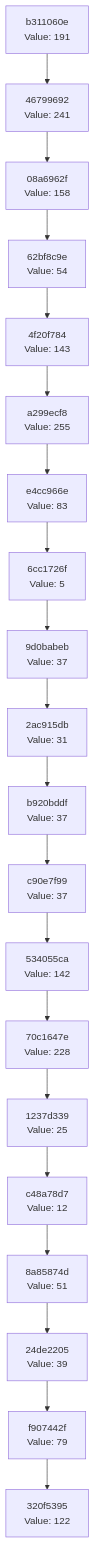
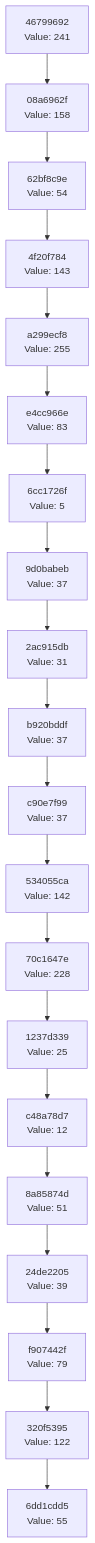
One commit to Abhisheksinha1506/hash-chain-evolver changed the diagram in docs/CHAIN_VISUALIZATION.md. Above: the diagram before and after it, drawn with Mermaid. The commit also changed 2 other files, not shown here.

Commit message:
Evolution step: hash 0x37 → action executed

````diff
--- a/docs/CHAIN_VISUALIZATION.md
+++ b/docs/CHAIN_VISUALIZATION.md
@@ -3,42 +3,42 @@
 ```mermaid
 graph TD
-    C0["320f5395<br/>Value: 122"]
-    C1["f907442f<br/>Value: 79"]
+    C0["6dd1cdd5<br/>Value: 55"]
+    C1["320f5395<br/>Value: 122"]
     C1 --> C0
-    C2["24de2205<br/>Value: 39"]
+    C2["f907442f<br/>Value: 79"]
     C2 --> C1
-    C3["8a85874d<br/>Value: 51"]
+    C3["24de2205<br/>Value: 39"]
     C3 --> C2
-    C4["c48a78d7<br/>Value: 12"]
+    C4["8a85874d<br/>Value: 51"]
     C4 --> C3
-    C5["1237d339<br/>Value: 25"]
+    C5["c48a78d7<br/>Value: 12"]
     C5 --> C4
-    C6["70c1647e<br/>Value: 228"]
+    C6["1237d339<br/>Value: 25"]
     C6 --> C5
-    C7["534055ca<br/>Value: 142"]
+    C7["70c1647e<br/>Value: 228"]
     C7 --> C6
-    C8["c90e7f99<br/>Value: 37"]
+    C8["534055ca<br/>Value: 142"]
     C8 --> C7
-    C9["b920bddf<br/>Value: 37"]
+    C9["c90e7f99<br/>Value: 37"]
     C9 --> C8
-    C10["2ac915db<br/>Value: 31"]
+    C10["b920bddf<br/>Value: 37"]
     C10 --> C9
-    C11["9d0babeb<br/>Value: 37"]
+    C11["2ac915db<br/>Value: 31"]
     C11 --> C10
-    C12["6cc1726f<br/>Value: 5"]
+    C12["9d0babeb<br/>Value: 37"]
     C12 --> C11
-    C13["e4cc966e<br/>Value: 83"]
+    C13["6cc1726f<br/>Value: 5"]
     C13 --> C12
-    C14["a299ecf8<br/>Value: 255"]
+    C14["e4cc966e<br/>Value: 83"]
     C14 --> C13
-    C15["4f20f784<br/>Value: 143"]
+    C15["a299ecf8<br/>Value: 255"]
     C15 --> C14
-    C16["62bf8c9e<br/>Value: 54"]
+    C16["4f20f784<br/>Value: 143"]
     C16 --> C15
-    C17["08a6962f<br/>Value: 158"]
+    C17["62bf8c9e<br/>Value: 54"]
     C17 --> C16
-    C18["46799692<br/>Value: 241"]
+    C18["08a6962f<br/>Value: 158"]
     C18 --> C17
-    C19["b311060e<br/>Value: 191"]
+    C19["46799692<br/>Value: 241"]
     C19 --> C18
 ```
````
